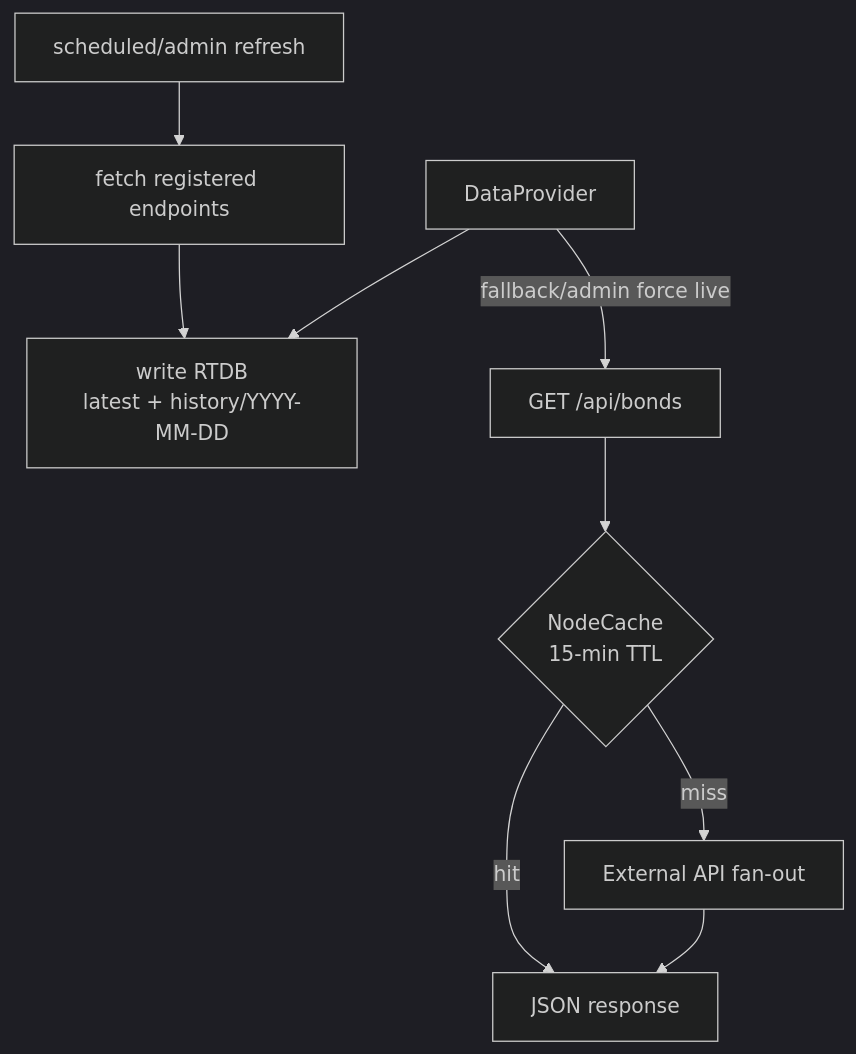
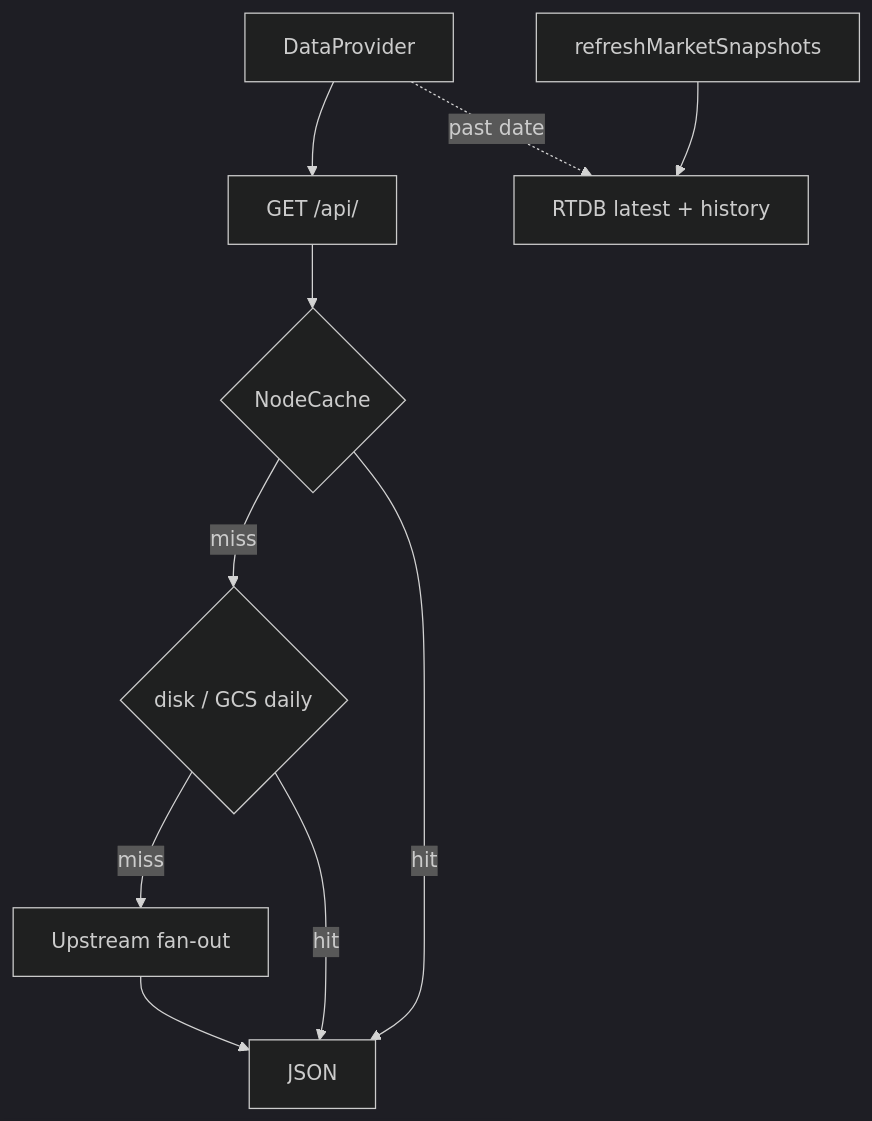
The second of 2 diagrams in docs/DATA_PIPELINE.md (kevinkicho/kyahoofinance032926), drawn with Mermaid (dark theme) before and after one commit. The commit also changed other lines of this file and 145 other files, not shown here.

````diff
--- a/docs/DATA_PIPELINE.md
+++ b/docs/DATA_PIPELINE.md
@@ -160,11 +91,12 @@
 ```mermaid
 flowchart TB
-    REQ["GET /api/bonds"] --> NC{"NodeCache<br/>15-min TTL"}
-    NC -- hit --> OUT["JSON response"]
-    NC -- miss --> FETCH["External API fan-out"]
+    REQ["GET /api/<market>"] --> NC{"NodeCache"}
+    NC -- hit --> OUT["JSON"]
+    NC -- miss --> DISK{"disk / GCS daily"}
+    DISK -- hit --> OUT
+    DISK -- miss --> FETCH["Upstream fan-out"]
     FETCH --> OUT
-    SCHED["scheduled/admin refresh"] --> FETCH2["fetch registered endpoints"]
-    FETCH2 --> RTDB["write RTDB<br/>latest + history/YYYY-MM-DD"]
-    UI["DataProvider"] --> RTDB
-    UI -- "fallback/admin force live" --> REQ
+    SCHED["refreshMarketSnapshots"] --> RTDB["RTDB latest + history"]
+    UI["DataProvider"] --> REQ
+    UI -. "past date" .-> RTDB
 ```
````
